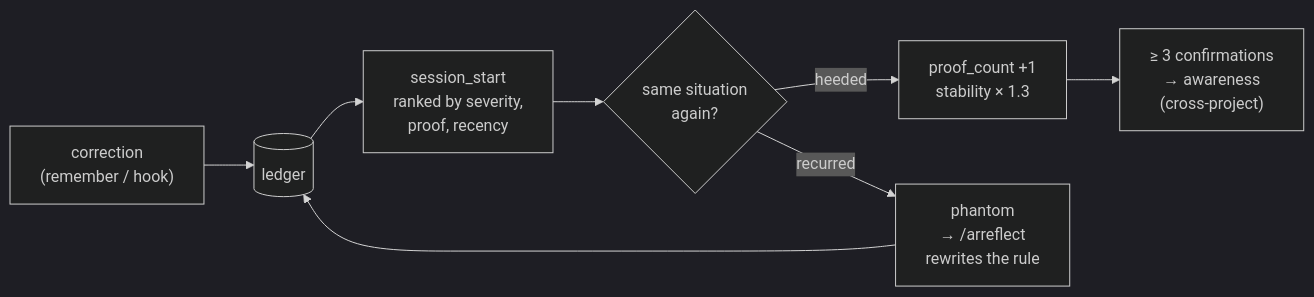
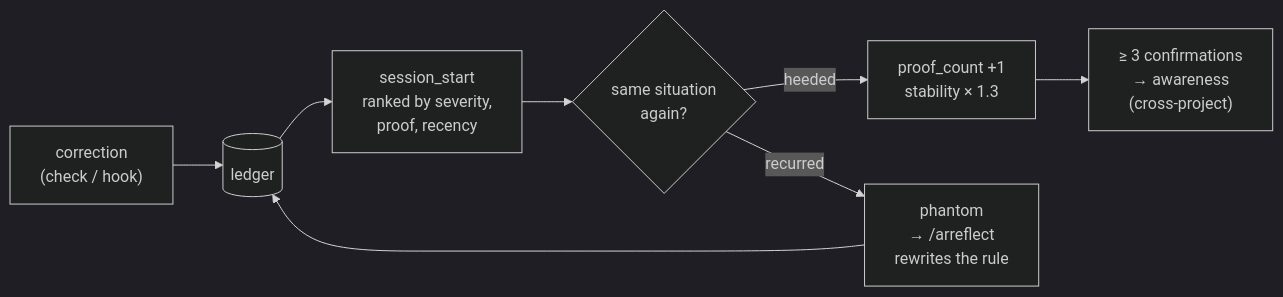
Before and after one commit to Goldentrii/AgentRecall-X: the second of 3 diagrams in README.md, drawn with Mermaid (dark theme). The commit also changed other lines of this file and 20 other files, not shown here.

````diff
--- a/README.md
+++ b/README.md
@@ -208,10 +282,10 @@
 ```mermaid
 flowchart LR
-    C["correction<br/>(remember / hook)"] --> L[(ledger)]
+    C["correction<br/>(check / hook)"] --> L[(ledger)]
     L --> S["session_start<br/>ranked by severity,<br/>proof, recency"]
     S --> O{"same situation<br/>again?"}
     O -->|heeded| P["proof_count +1<br/>stability × 1.3"]
     O -->|recurred| X["phantom<br/>→ /arreflect<br/>rewrites the rule"]
     P --> A["≥ 3 confirmations<br/>→ awareness<br/>(cross-project)"]
     X --> L
 ```
````
